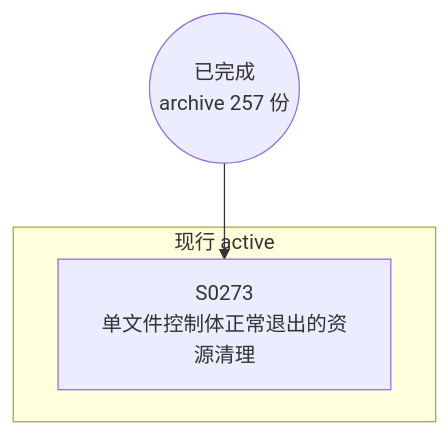
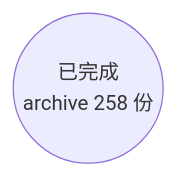
Before and after one commit to Halckon/Koven: the diagram in docs/specs/dependency-graph.md, drawn with Mermaid. The commit also changed other lines of this file and 12 other files, not shown here.

````diff
--- a/docs/specs/dependency-graph.md
+++ b/docs/specs/dependency-graph.md
@@ -9,8 +9,4 @@
 ```mermaid
 flowchart TD
-ARCH(("已完成<br/>archive 257 份"))
-subgraph Gactive["现行 active"]
-  S0273["S0273<br/>单文件控制体正常退出的资源清理"]
-end
-ARCH --> S0273
+ARCH(("已完成<br/>archive 258 份"))
 ```
````
